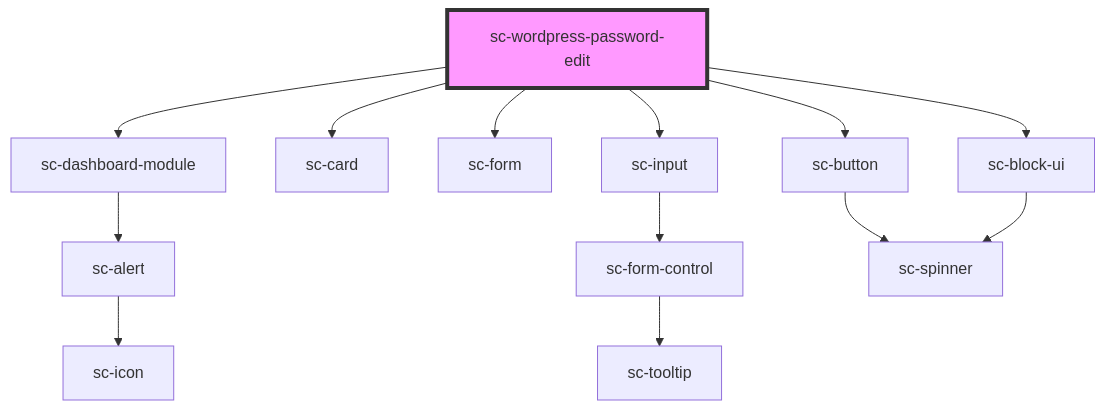
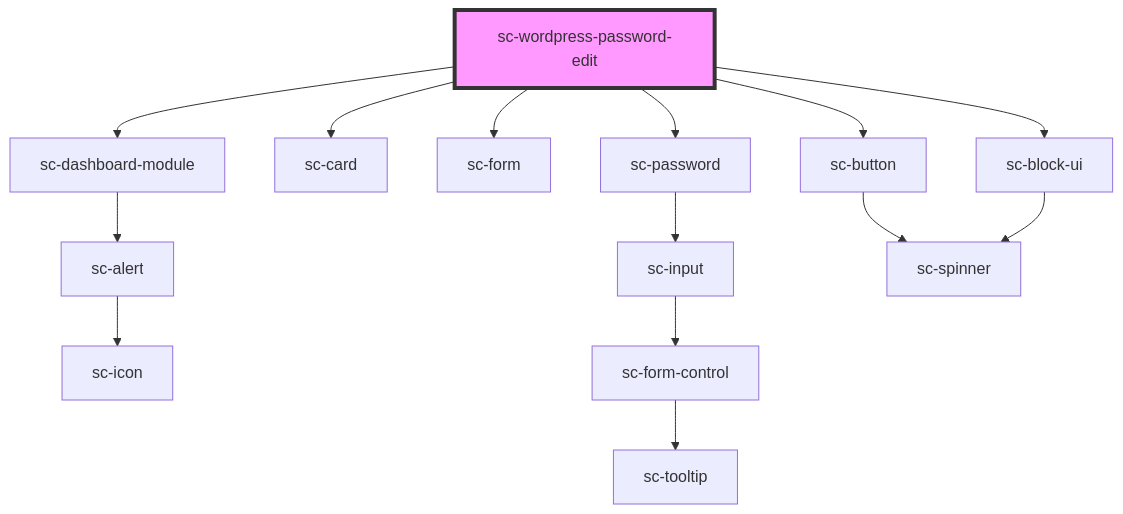
One commit to surecart/surecart-wp-plugin changed the diagram in packages/components/src/components/controllers/dashboard/wordpress-password-edit/readme.md. Above: the diagram before and after it, drawn with Mermaid. The commit also changed other lines of this file and 29 other files, not shown here.

````diff
--- a/packages/components/src/components/controllers/dashboard/wordpress-password-edit/readme.md
+++ b/packages/components/src/components/controllers/dashboard/wordpress-password-edit/readme.md
@@ -30,16 +30,17 @@
 ```mermaid
 graph TD;
   sc-wordpress-password-edit --> sc-dashboard-module
   sc-wordpress-password-edit --> sc-card
   sc-wordpress-password-edit --> sc-form
-  sc-wordpress-password-edit --> sc-input
+  sc-wordpress-password-edit --> sc-password
   sc-wordpress-password-edit --> sc-button
   sc-wordpress-password-edit --> sc-block-ui
   sc-dashboard-module --> sc-alert
   sc-alert --> sc-icon
+  sc-password --> sc-input
   sc-input --> sc-form-control
   sc-form-control --> sc-tooltip
   sc-button --> sc-spinner
   sc-block-ui --> sc-spinner
   style sc-wordpress-password-edit fill:#f9f,stroke:#333,stroke-width:4px
 ```
````
